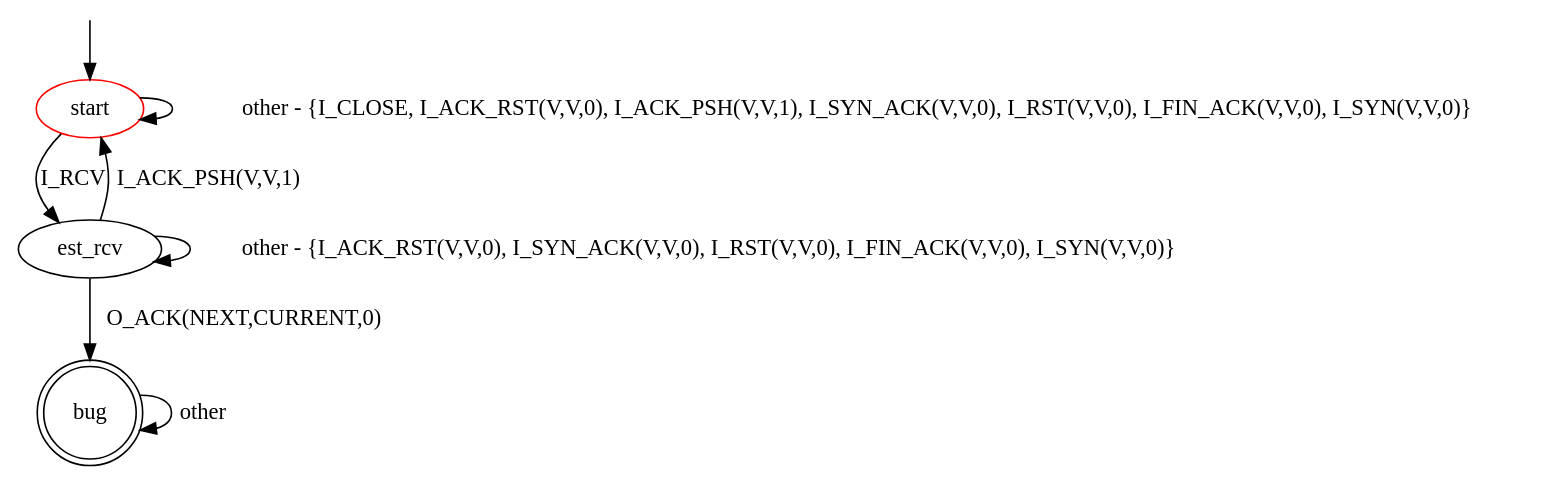
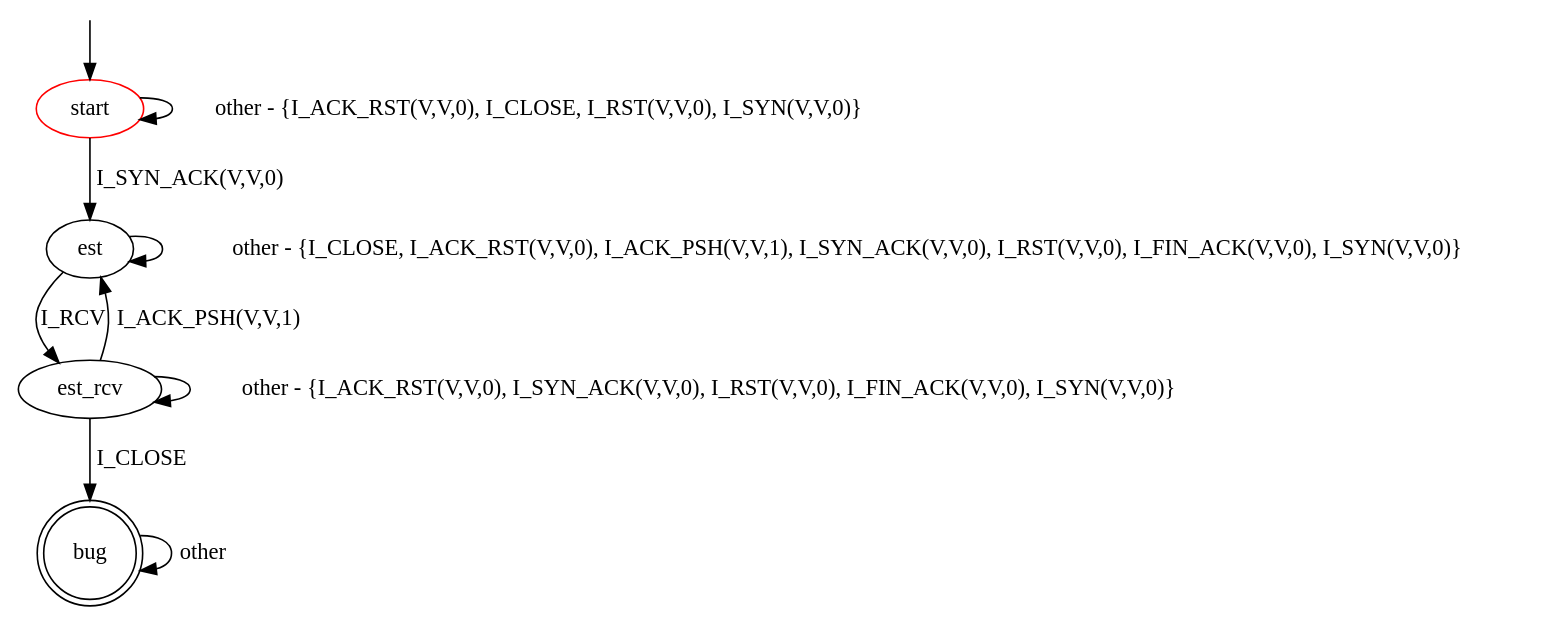
Before and after one commit to assist-project/state-machine-bug-finder: the diagram in src/main/resources/patterns/tcp/Unexpected_RST.dot, drawn with Graphviz. The commit also changed 3 other files, not shown here.

```diff
--- a/src/main/resources/patterns/tcp/Unexpected_RST.dot
+++ b/src/main/resources/patterns/tcp/Unexpected_RST.dot
@@ -1,17 +1,19 @@
 digraph G {
 label=""
 start [color="red"]
 bug [shape="doublecircle"]
 
-start -> est_rcv [label="I_RCV"]
-start -> start [label="other - {I_CLOSE, I_ACK_RST(V,V,0), I_ACK_PSH(V,V,1), I_SYN_ACK(V,V,0), I_RST(V,V,0), I_FIN_ACK(V,V,0), I_SYN(V,V,0)}"]
-est_rcv -> start [label="I_ACK_PSH(V,V,1)"]
+start -> start [label="other - {I_ACK_RST(V,V,0), I_CLOSE, I_RST(V,V,0), I_SYN(V,V,0)}"]
+start -> est [label="I_SYN_ACK(V,V,0)"]
+est -> est_rcv [label="I_RCV"]
+est -> est [label="other - {I_CLOSE, I_ACK_RST(V,V,0), I_ACK_PSH(V,V,1), I_SYN_ACK(V,V,0), I_RST(V,V,0), I_FIN_ACK(V,V,0), I_SYN(V,V,0)}"]
+est_rcv -> est [label="I_ACK_PSH(V,V,1)"]
 est_rcv -> est_rcv [label="other - {I_ACK_RST(V,V,0), I_SYN_ACK(V,V,0), I_RST(V,V,0), I_FIN_ACK(V,V,0), I_SYN(V,V,0)}"]
-est_rcv -> bug [label="O_ACK(NEXT,CURRENT,0)"]
+est_rcv -> bug [label="I_CLOSE"]
 
 
 bug -> bug [label="other"]
 
 __start0 [label="" shape="none" width="0" height="0"];
 __start0 -> start;
 }
```
